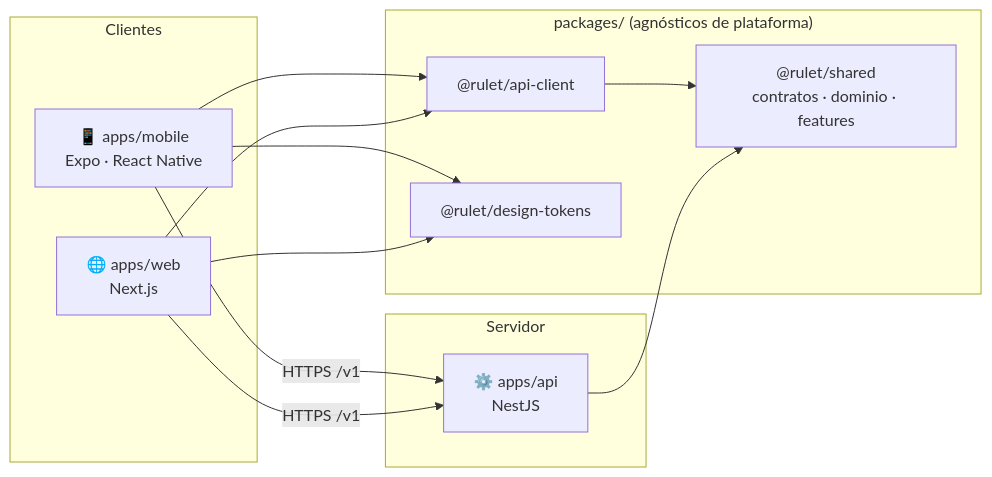
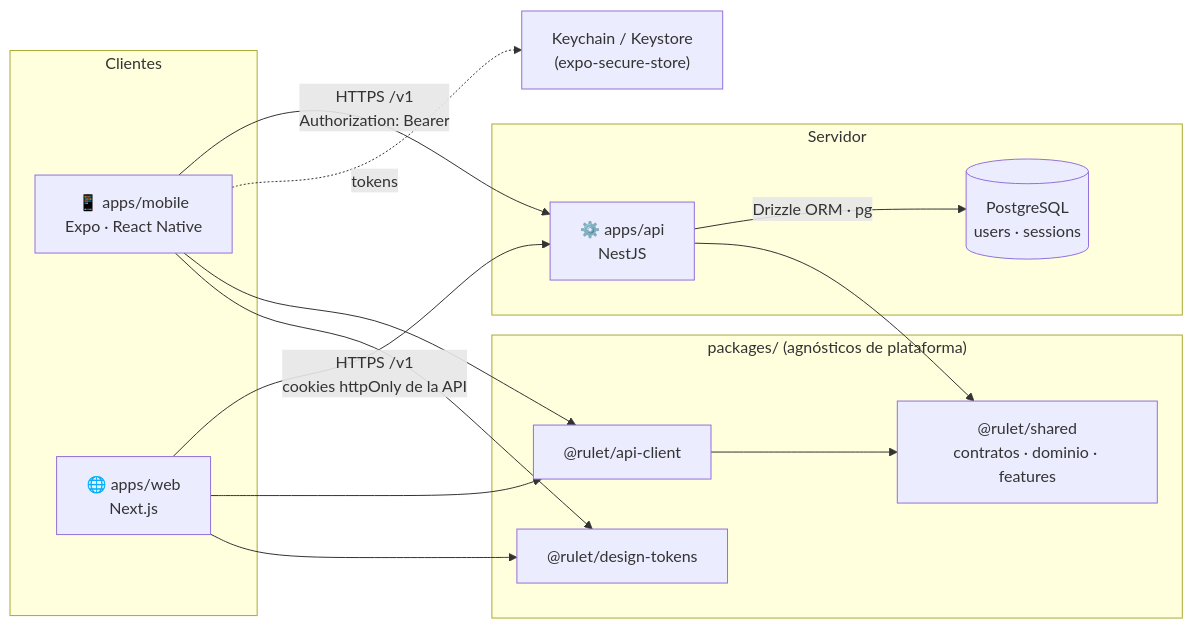
The first of 3 diagrams in docs/architecture.md (jorgemen2011-lgtm/rulet), drawn with Mermaid before and after one commit. The commit also changed other lines of this file and 29 other files, not shown here.

````diff
--- a/docs/architecture.md
+++ b/docs/architecture.md
@@ -5,22 +17,26 @@
 ```mermaid
 flowchart LR
   subgraph Clientes
     M["📱 apps/mobile<br/>Expo · React Native"]
     W["🌐 apps/web<br/>Next.js"]
   end
   subgraph Servidor
     A["⚙️ apps/api<br/>NestJS"]
+    DB[("PostgreSQL<br/>users · sessions")]
   end
   subgraph "packages/ (agnósticos de plataforma)"
     S["@rulet/shared<br/>contratos · dominio · features"]
     C["@rulet/api-client"]
     T["@rulet/design-tokens"]
   end
+  KS["Keychain / Keystore<br/>(expo-secure-store)"]
 
-  M -- HTTPS /v1 --> A
-  W -- HTTPS /v1 --> A
+  M -- "HTTPS /v1<br/>Authorization: Bearer" --> A
+  W -- "HTTPS /v1<br/>cookies httpOnly de la API" --> A
+  A -- "Drizzle ORM · pg" --> DB
+  M -. tokens .-> KS
   M --> C & T
   W --> C & T
   C --> S
   A --> S
 ```
````
